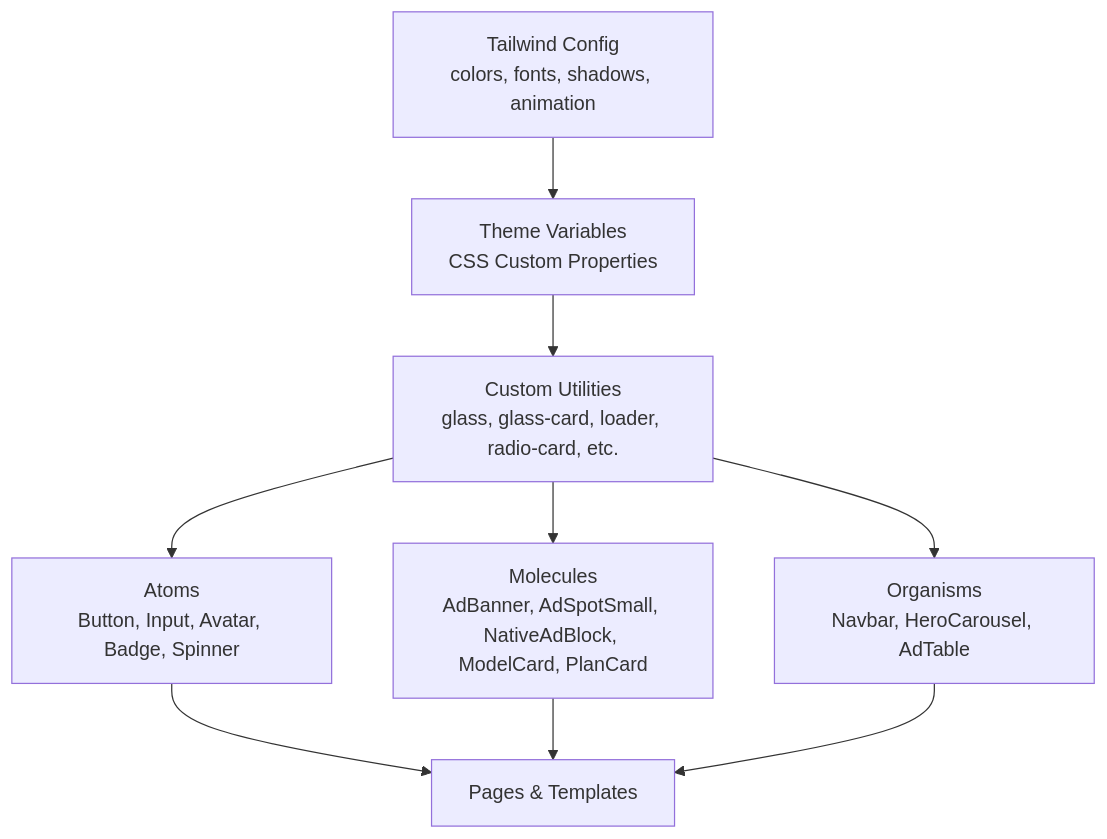
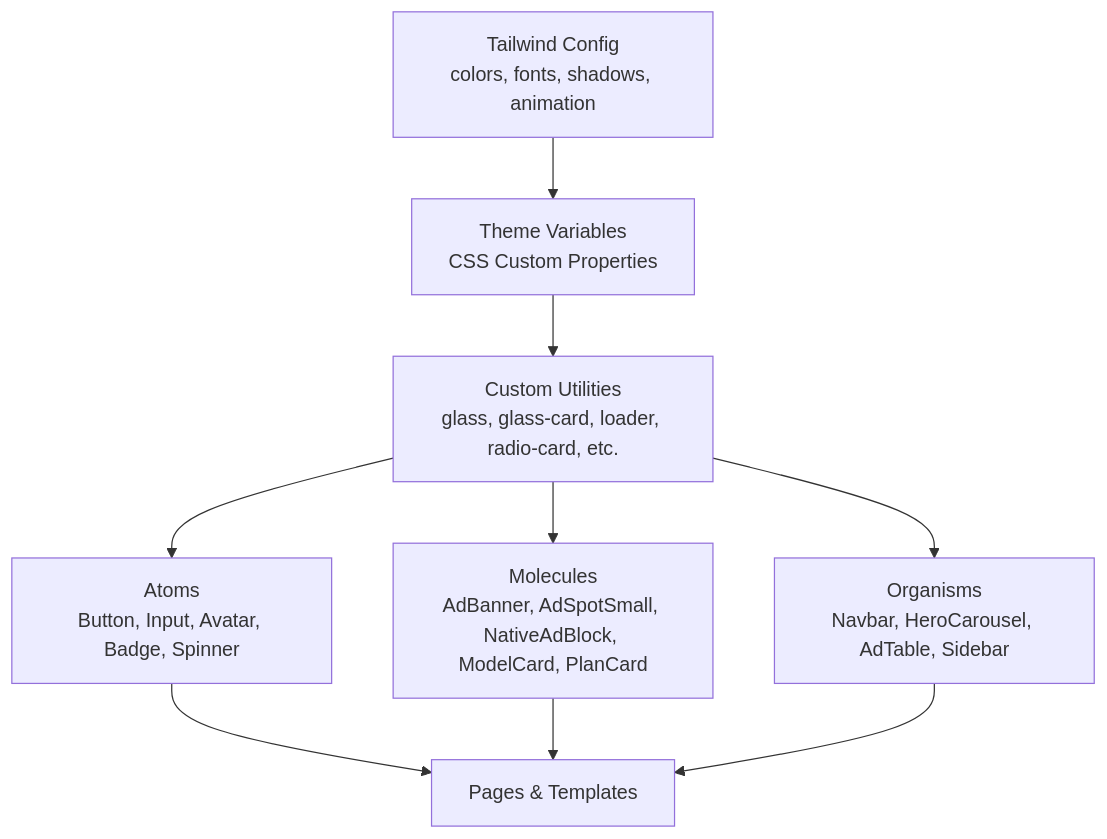
The second of 19 diagrams in .qoder/repowiki/en/content/UI Component System/UI Component System.md (eromedrive2tb-gif/Avitrine), drawn with Mermaid before and after one commit. The commit also changed other lines of this file and 18 other files, not shown here.

````diff
--- a/.qoder/repowiki/en/content/UI Component System/UI Component System.md
+++ b/.qoder/repowiki/en/content/UI Component System/UI Component System.md
@@ -192,11 +204,11 @@
 ```mermaid
 graph TB
 Config["Tailwind Config<br/>colors, fonts, shadows, animation"] --> ThemeCSS["Theme Variables<br/>CSS Custom Properties"]
 ThemeCSS --> Utilities["Custom Utilities<br/>glass, glass-card, loader, radio-card, etc."]
 Utilities --> Atoms["Atoms<br/>Button, Input, Avatar, Badge, Spinner"]
 Utilities --> Molecules["Molecules<br/>AdBanner, AdSpotSmall, NativeAdBlock, ModelCard, PlanCard"]
-Utilities --> Organisms["Organisms<br/>Navbar, HeroCarousel, AdTable"]
+Utilities --> Organisms["Organisms<br/>Navbar, HeroCarousel, AdTable, Sidebar"]
 Atoms --> Pages["Pages & Templates"]
 Molecules --> Pages
 Organisms --> Pages
 ```
````
